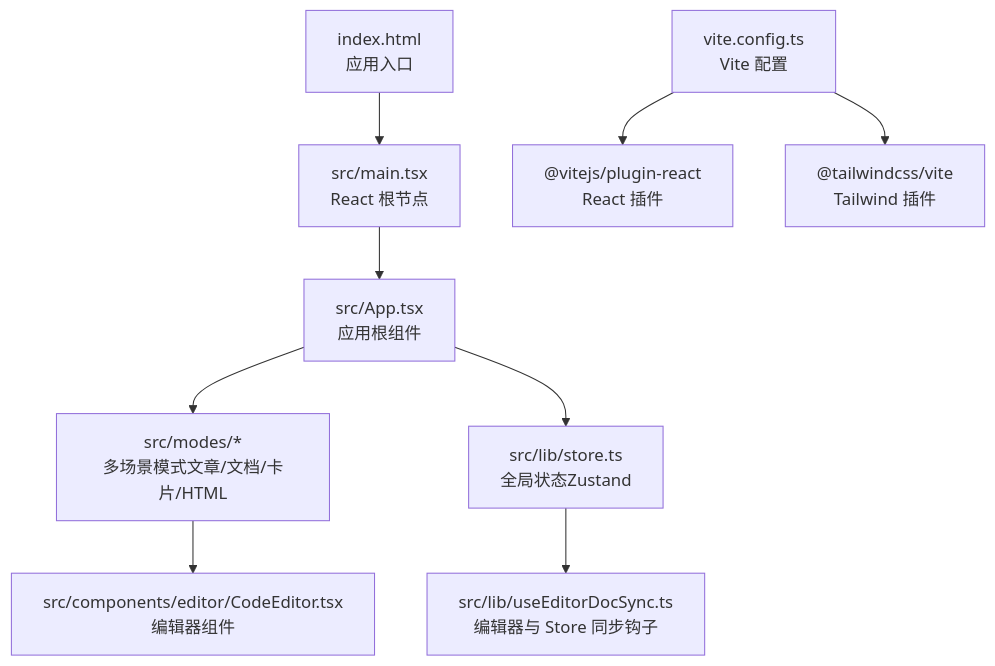
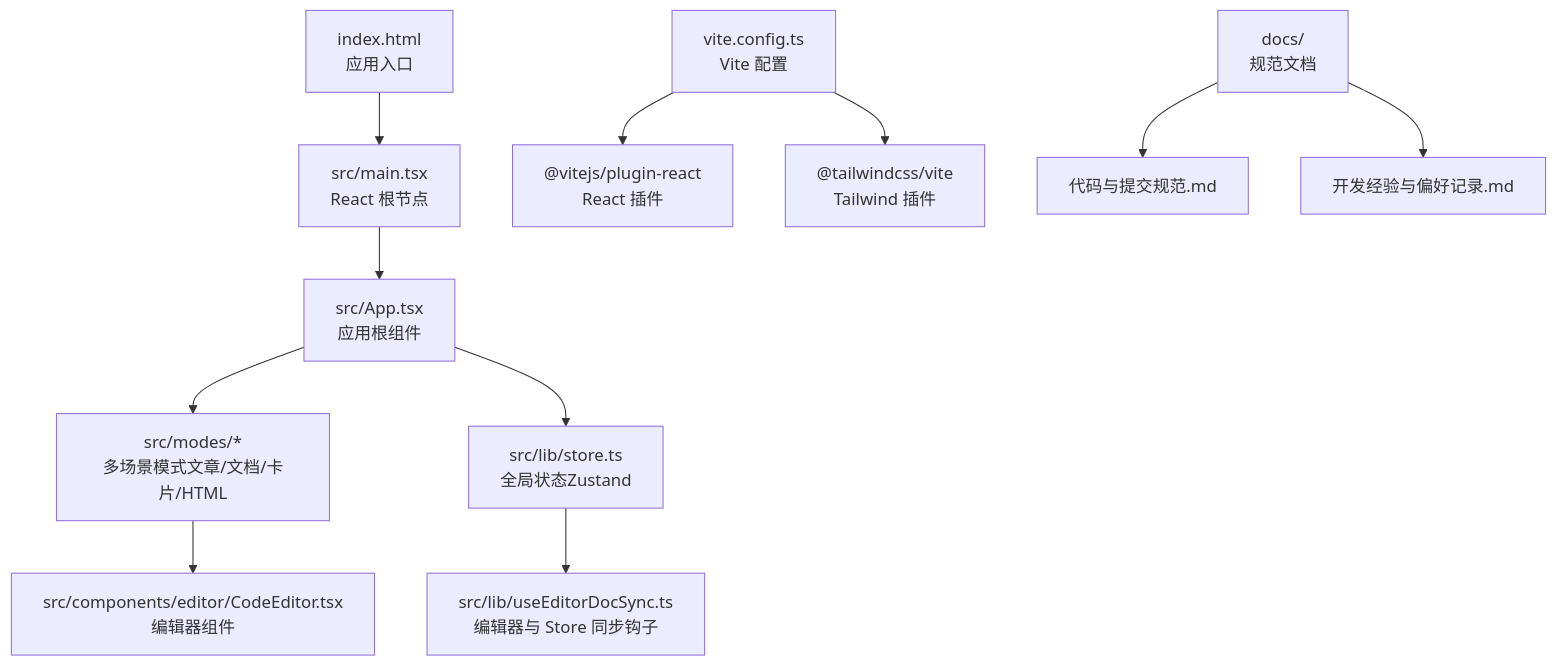
Before and after one commit to ZhongXiandou/markdown2view: the first of 4 diagrams in .qoder/repowiki/zh/content/快速开始.md, drawn with Mermaid. The commit also changed other lines of this file and 23 other files, not shown here.

````diff
--- a/.qoder/repowiki/zh/content/快速开始.md
+++ b/.qoder/repowiki/zh/content/快速开始.md
@@ -40,11 +53,13 @@
 ```mermaid
 graph TB
 A["index.html<br/>应用入口"] --> B["src/main.tsx<br/>React 根节点"]
 B --> C["src/App.tsx<br/>应用根组件"]
 C --> D["src/modes/*<br/>多场景模式文章/文档/卡片/HTML"]
 D --> E["src/components/editor/CodeEditor.tsx<br/>编辑器组件"]
 C --> F["src/lib/store.ts<br/>全局状态Zustand"]
 F --> G["src/lib/useEditorDocSync.ts<br/>编辑器与 Store 同步钩子"]
 H["vite.config.ts<br/>Vite 配置"] --> I["@vitejs/plugin-react<br/>React 插件"]
 H --> J["@tailwindcss/vite<br/>Tailwind 插件"]
+K["docs/<br/>规范文档"] --> L["代码与提交规范.md"]
+K --> M["开发经验与偏好记录.md"]
 ```
````
